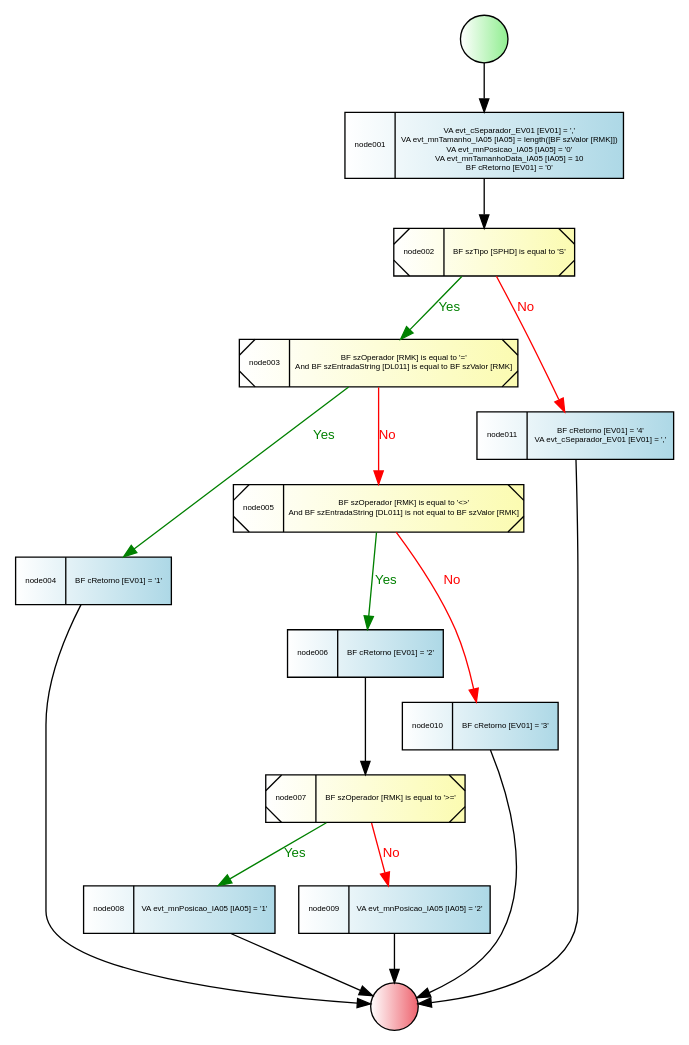
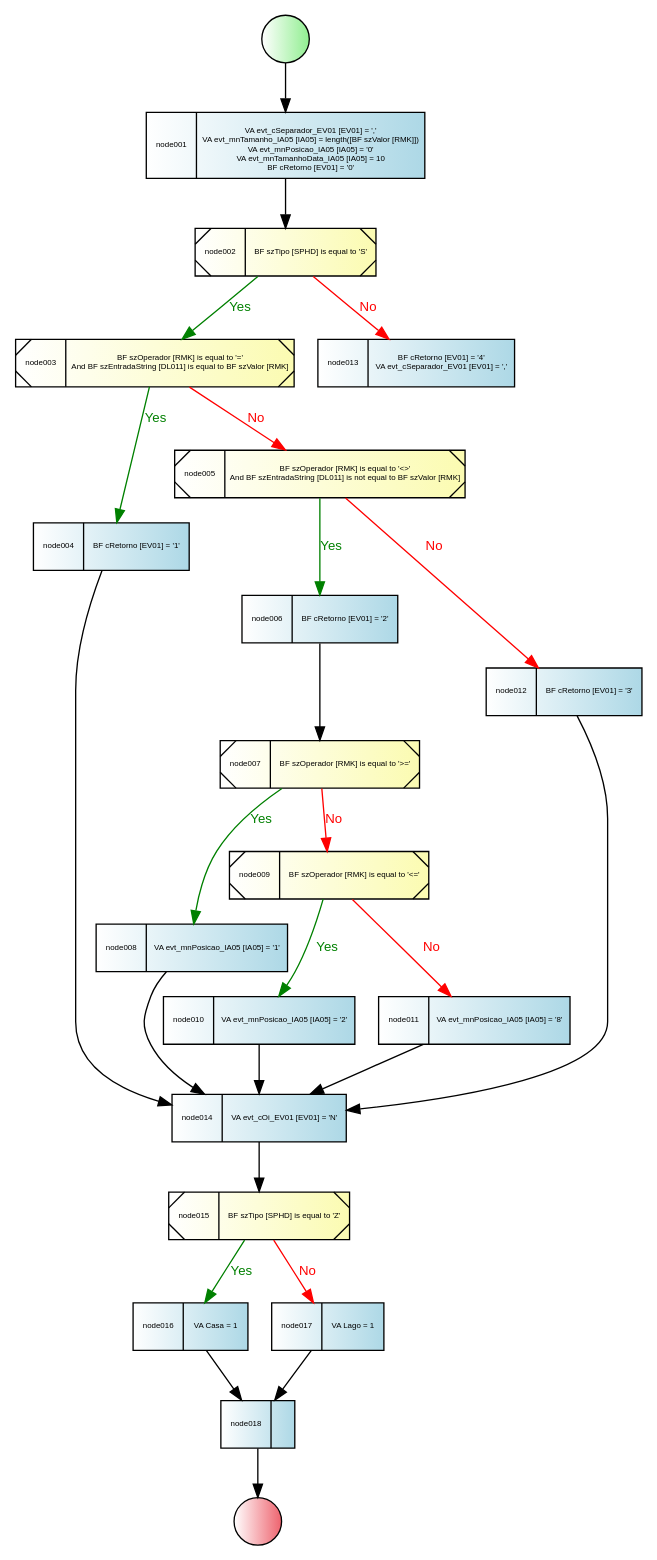
One commit to GiovaniPM/JDEDocCode changed the diagram in gio.gv. Above: the diagram before and after it, drawn with Graphviz. The commit also changed 3 other files, not shown here.

```diff
--- a/gio.gv
+++ b/gio.gv
@@ -1,119 +1,183 @@
 digraph R {
     node000 [
             shape=circle,
             style="filled",
             fillcolor="white:lightgreen",
             label=""
             ]
     node001 [
             fontname="Arial",
             fontsize=6,
             shape=record,
             style="filled",
             fillcolor="white:lightblue"
             label="node001|{\nVA evt_cSeparador_EV01 [EV01] = ','\nVA evt_mnTamanho_IA05 [IA05] = length([BF szValor [RMK]])\nVA evt_mnPosicao_IA05 [IA05] = '0'\nVA evt_mnTamanhoData_IA05 [IA05] = 10\nBF cRetorno [EV01] = '0'}"
             ]
     node002 [
             fontname="Arial",
             fontsize=6,
             shape=record,
             style="diagonals,filled",
             fillcolor="white:#fbfbb1"
             label="node002|{BF szTipo [SPHD] is equal to 'S'}"
             ]
     node003 [
             fontname="Arial",
             fontsize=6,
             shape=record,
             style="diagonals,filled",
             fillcolor="white:#fbfbb1"
             label="node003|{BF szOperador [RMK] is equal to '='\nAnd BF szEntradaString [DL011] is equal to BF szValor [RMK]}"
             ]
     node004 [
             fontname="Arial",
             fontsize=6,
             shape=record,
             style="filled",
             fillcolor="white:lightblue"
             label="node004|{BF cRetorno [EV01] = '1'}"
             ]
     node005 [
             fontname="Arial",
             fontsize=6,
             shape=record,
             style="diagonals,filled",
             fillcolor="white:#fbfbb1"
             label="node005|{BF szOperador [RMK] is equal to '\<\>'\nAnd BF szEntradaString [DL011] is not equal to BF szValor [RMK]}"
             ]
     node006 [
             fontname="Arial",
             fontsize=6,
             shape=record,
             style="filled",
             fillcolor="white:lightblue"
             label="node006|{BF cRetorno [EV01] = '2'}"
             ]
     node007 [
             fontname="Arial",
             fontsize=6,
             shape=record,
             style="diagonals,filled",
             fillcolor="white:#fbfbb1"
             label="node007|{BF szOperador [RMK] is equal to '\>='}"
             ]
     node008 [
             fontname="Arial",
             fontsize=6,
             shape=record,
             style="filled",
             fillcolor="white:lightblue"
             label="node008|{VA evt_mnPosicao_IA05 [IA05] = '1'}"
             ]
     node009 [
             fontname="Arial",
             fontsize=6,
             shape=record,
-            style="filled",
-            fillcolor="white:lightblue"
-            label="node009|{VA evt_mnPosicao_IA05 [IA05] = '2'}"
+            style="diagonals,filled",
+            fillcolor="white:#fbfbb1"
+            label="node009|{BF szOperador [RMK] is equal to '\<='}"
             ]
     node010 [
             fontname="Arial",
             fontsize=6,
             shape=record,
             style="filled",
             fillcolor="white:lightblue"
-            label="node010|{BF cRetorno [EV01] = '3'}"
+            label="node010|{VA evt_mnPosicao_IA05 [IA05] = '2'}"
             ]
     node011 [
             fontname="Arial",
             fontsize=6,
             shape=record,
             style="filled",
             fillcolor="white:lightblue"
-            label="node011|{BF cRetorno [EV01] = '4'\nVA evt_cSeparador_EV01 [EV01] = ','}"
+            label="node011|{VA evt_mnPosicao_IA05 [IA05] = '8'}"
+            ]
+    node012 [
+            fontname="Arial",
+            fontsize=6,
+            shape=record,
+            style="filled",
+            fillcolor="white:lightblue"
+            label="node012|{BF cRetorno [EV01] = '3'}"
+            ]
+    node013 [
+            fontname="Arial",
+            fontsize=6,
+            shape=record,
+            style="filled",
+            fillcolor="white:lightblue"
+            label="node013|{BF cRetorno [EV01] = '4'\nVA evt_cSeparador_EV01 [EV01] = ','}"
+            ]
+    node014 [
+            fontname="Arial",
+            fontsize=6,
+            shape=record,
+            style="filled",
+            fillcolor="white:lightblue"
+            label="node014|{VA evt_cOi_EV01 [EV01] = 'N'}"
+            ]
+    node015 [
+            fontname="Arial",
+            fontsize=6,
+            shape=record,
+            style="diagonals,filled",
+            fillcolor="white:#fbfbb1"
+            label="node015|{BF szTipo [SPHD] is equal to 'Z'}"
+            ]
+    node016 [
+            fontname="Arial",
+            fontsize=6,
+            shape=record,
+            style="filled",
+            fillcolor="white:lightblue"
+            label="node016|{VA Casa = 1}"
+            ]
+    node017 [
+            fontname="Arial",
+            fontsize=6,
+            shape=record,
+            style="filled",
+            fillcolor="white:lightblue"
+            label="node017|{VA Lago = 1}"
+            ]
+    node018 [
+            fontname="Arial",
+            fontsize=6,
+            shape=record,
+            style="filled",
+            fillcolor="white:lightblue"
+            label="node018|{}"
             ]
     node999 [
             shape=circle,
             style="filled",
             fillcolor="white:#ee636e",
             label=""
             ]
 
-    node010 -> node999
-    node009 -> node999
-    node008 -> node999
+    node018 -> node999
+    node000 -> node001
+    node017 -> node018
+    node016 -> node018
+    node015 -> node017 [fontname = "Arial", fontsize = 10, fontcolor="red", color="red", label="No"]
+    node015 -> node016 [fontname = "Arial", fontsize = 10, fontcolor="green", color="green", label="Yes"]
+    node014 -> node015
+    node004 -> node014
+    node008 -> node014
+    node010 -> node014
+    node011 -> node014
+    node012 -> node014
+    node002 -> node013 [fontname = "Arial", fontsize = 10, fontcolor="red", color="red", label="No"]
+    node005 -> node012 [fontname = "Arial", fontsize = 10, fontcolor="red", color="red", label="No"]
+    node009 -> node011 [fontname = "Arial", fontsize = 10, fontcolor="red", color="red", label="No"]
+    node009 -> node010 [fontname = "Arial", fontsize = 10, fontcolor="green", color="green", label="Yes"]
     node007 -> node009 [fontname = "Arial", fontsize = 10, fontcolor="red", color="red", label="No"]
     node007 -> node008 [fontname = "Arial", fontsize = 10, fontcolor="green", color="green", label="Yes"]
     node006 -> node007
-    node005 -> node010 [fontname = "Arial", fontsize = 10, fontcolor="red", color="red", label="No"]
     node005 -> node006 [fontname = "Arial", fontsize = 10, fontcolor="green", color="green", label="Yes"]
-    node004 -> node999
     node003 -> node005 [fontname = "Arial", fontsize = 10, fontcolor="red", color="red", label="No"]
     node003 -> node004 [fontname = "Arial", fontsize = 10, fontcolor="green", color="green", label="Yes"]
-    node002 -> node011 [fontname = "Arial", fontsize = 10, fontcolor="red", color="red", label="No"]
     node002 -> node003 [fontname = "Arial", fontsize = 10, fontcolor="green", color="green", label="Yes"]
     node001 -> node002
-    node011 -> node999
-    node000 -> node001
 }
```
